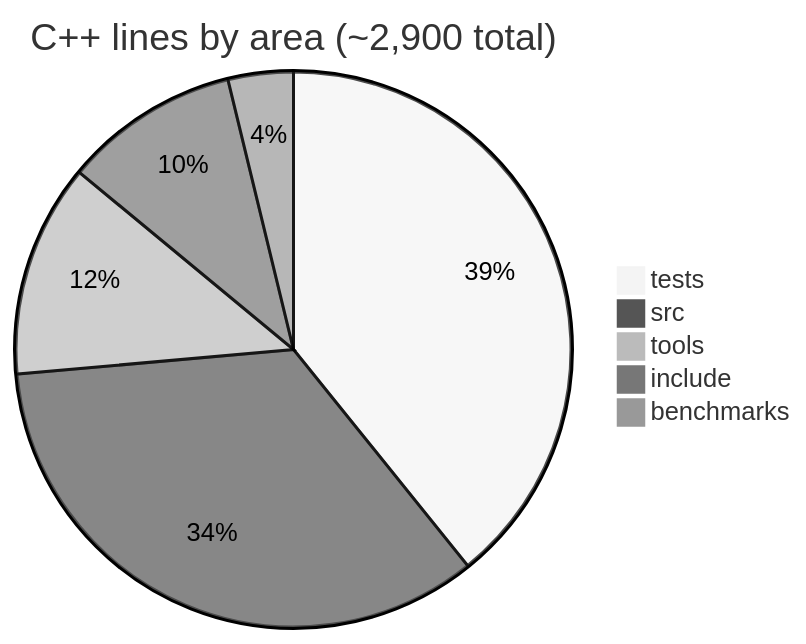
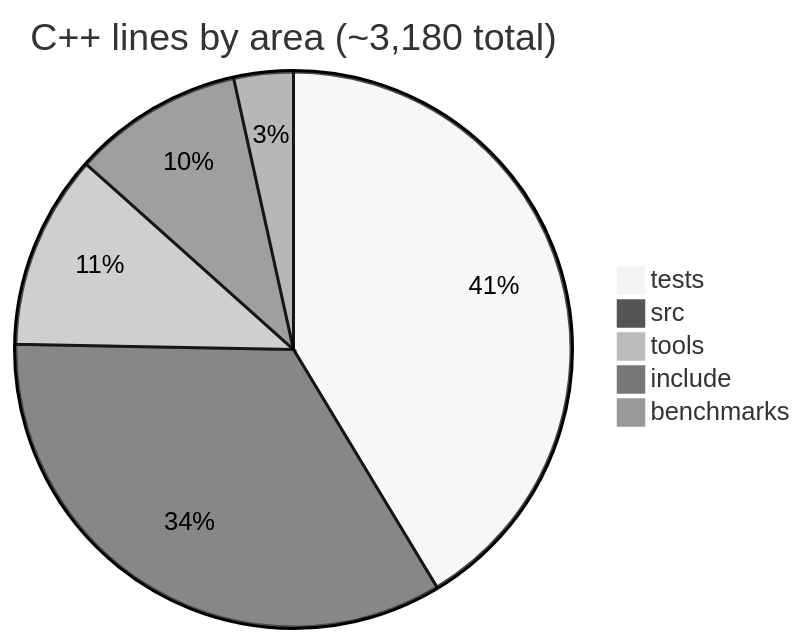
One commit to Kumario1/vectorDB changed the second of 5 diagrams in README.md. Above: the diagram before and after it, drawn with Mermaid (neutral theme). The commit also changed other lines of this file and 1 other file, not shown here.

````diff
--- a/README.md
+++ b/README.md
@@ -35,8 +36,8 @@
 ```mermaid
-pie title C++ lines by area (~2,900 total)
-  "tests" : 1137
-  "src" : 997
+pie title C++ lines by area (~3,180 total)
+  "tests" : 1316
+  "src" : 1080
   "tools" : 360
-  "include" : 296
+  "include" : 316
   "benchmarks" : 110
 ```
````
